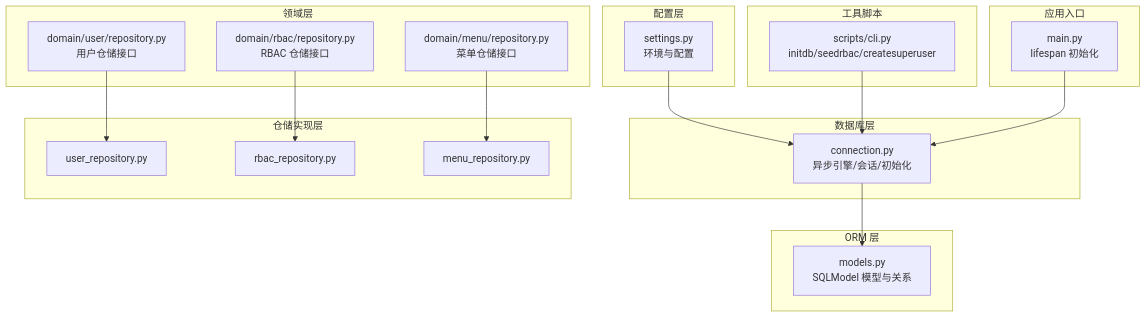
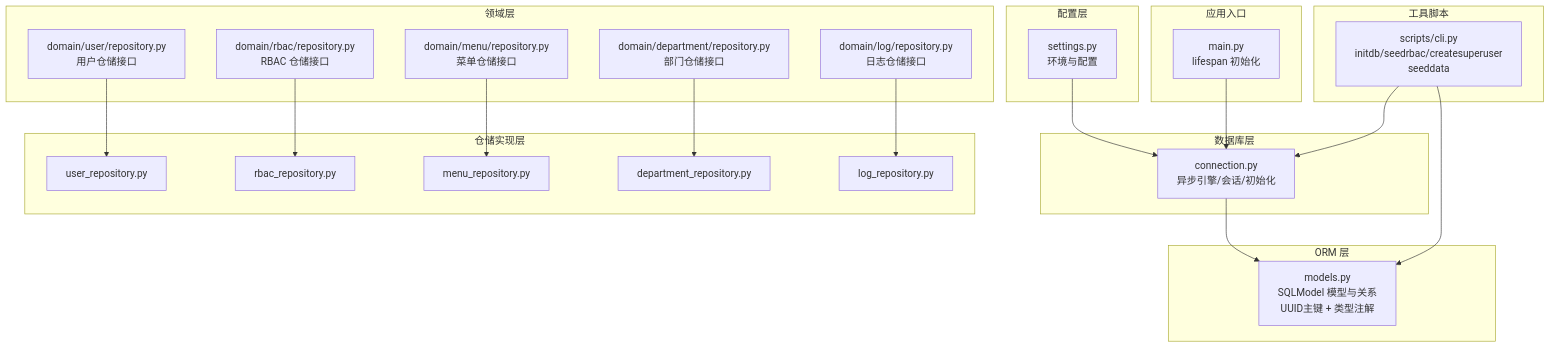
The first of 7 diagrams in .qoder/repowiki/zh/content/数据库设计/数据库设计.md (taoweidong/Hello-FastApi), drawn with Mermaid before and after one commit. The commit also changed other lines of this file and 71 other files, not shown here.

````diff
--- a/.qoder/repowiki/zh/content/数据库设计/数据库设计.md
+++ b/.qoder/repowiki/zh/content/数据库设计/数据库设计.md
@@ -43,35 +53,42 @@
 ```mermaid
 graph TB
 subgraph "配置层"
 S["settings.py<br/>环境与配置"]
 end
 subgraph "数据库层"
 C["connection.py<br/>异步引擎/会话/初始化"]
 end
 subgraph "ORM 层"
-M["models.py<br/>SQLModel 模型与关系"]
+M["models.py<br/>SQLModel 模型与关系<br/>UUID主键 + 类型注解"]
 end
 subgraph "领域层"
 URepoI["domain/user/repository.py<br/>用户仓储接口"]
 RRepoI["domain/rbac/repository.py<br/>RBAC 仓储接口"]
 MenRepoI["domain/menu/repository.py<br/>菜单仓储接口"]
+DepRepoI["domain/department/repository.py<br/>部门仓储接口"]
+LogRepoI["domain/log/repository.py<br/>日志仓储接口"]
 end
 subgraph "仓储实现层"
 URepo["user_repository.py"]
 RRepo["rbac_repository.py"]
 MenRepo["menu_repository.py"]
+DepRepo["department_repository.py"]
+LogRepo["log_repository.py"]
 end
 subgraph "工具脚本"
-CLI["scripts/cli.py<br/>initdb/seedrbac/createsuperuser"]
+CLI["scripts/cli.py<br/>initdb/seedrbac/createsuperuser<br/>seeddata"]
 end
 subgraph "应用入口"
 MAIN["main.py<br/>lifespan 初始化"]
 end
 S --> C
 C --> M
 URepoI --> URepo
 RRepoI --> RRepo
 MenRepoI --> MenRepo
+DepRepoI --> DepRepo
+LogRepoI --> LogRepo
 CLI --> C
+CLI --> M
 MAIN --> C
 ```
````
